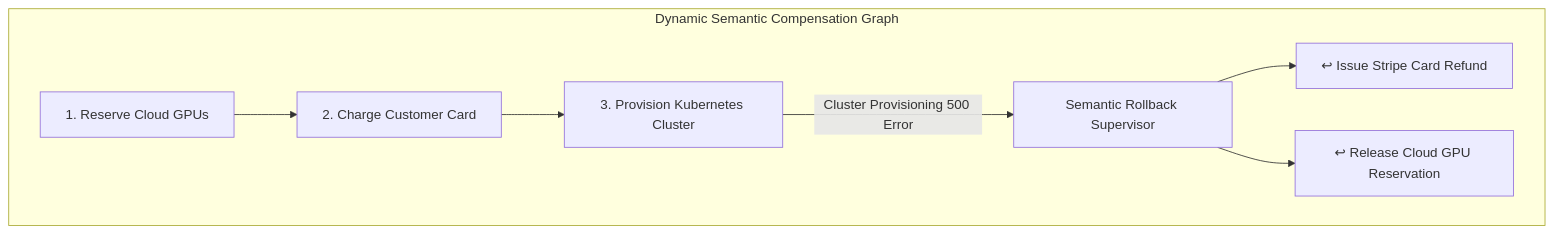
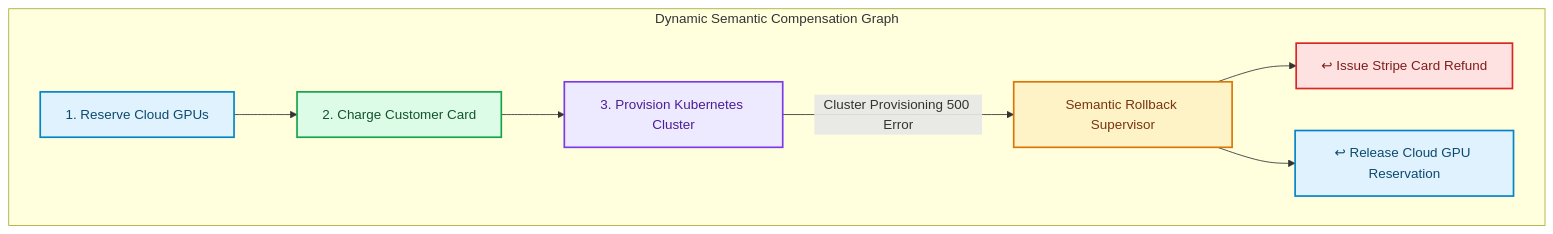
One commit to akmalkhaniub/akmalkhaniub.github.io changed the third of 3 diagrams in blog/posts/blueprint-production-ai-agent-swarms-10-architectural-principles.md. Above: the diagram before and after it, drawn with Mermaid. The commit also changed other lines of this file and 1291 other files, not shown here.

First line of the commit message:
feat(catalog): unique covers, scholarly references, and diagram palettes

````diff
--- a/blog/posts/blueprint-production-ai-agent-swarms-10-architectural-principles.md
+++ b/blog/posts/blueprint-production-ai-agent-swarms-10-architectural-principles.md
@@ -130,11 +141,22 @@
 ```mermaid
 flowchart TD
   subgraph SG2_DynamicSemanticCompensation ["Dynamic Semantic Compensation Graph"]
-    Step1[1. Reserve Cloud GPUs] --> Step2[2. Charge Customer Card]
-    Step2 --> Step3[3. Provision Kubernetes Cluster]
-    Step3 -->|Cluster Provisioning 500 Error| RollbackManager[Semantic Rollback Supervisor]
+    Step1["1. Reserve Cloud GPUs"] --> Step2["2. Charge Customer Card"]
+    Step2 --> Step3["3. Provision Kubernetes Cluster"]
+    Step3 -->|Cluster Provisioning 500 Error| RollbackManager["Semantic Rollback Supervisor"]
     
-    RollbackManager --> Comp2[↩ Issue Stripe Card Refund]
-    RollbackManager --> Comp1[↩ Release Cloud GPU Reservation]
+    RollbackManager --> Comp2["↩ Issue Stripe Card Refund"]
+    RollbackManager --> Comp1["↩ Release Cloud GPU Reservation"]
   end
+
+classDef green fill:#dcfce7,stroke:#16a34a,stroke-width:2px,color:#14532d;
+classDef red fill:#fee2e2,stroke:#dc2626,stroke-width:2px,color:#7f1d1d;
+classDef blue fill:#e0f2fe,stroke:#0284c7,stroke-width:2px,color:#0c4a6e;
+classDef yellow fill:#fef3c7,stroke:#d97706,stroke-width:2px,color:#78350f;
+classDef purple fill:#ede9fe,stroke:#7c3aed,stroke-width:2px,color:#4c1d95;
+class Step1,Comp1 blue
+class Step2 green
+class Step3 purple
+class RollbackManager yellow
+class Comp2 red
 ```
````
